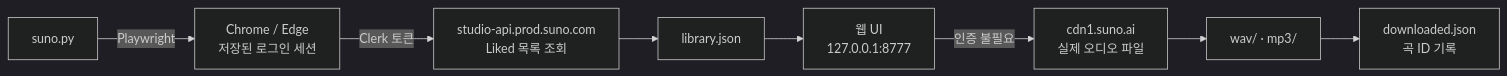
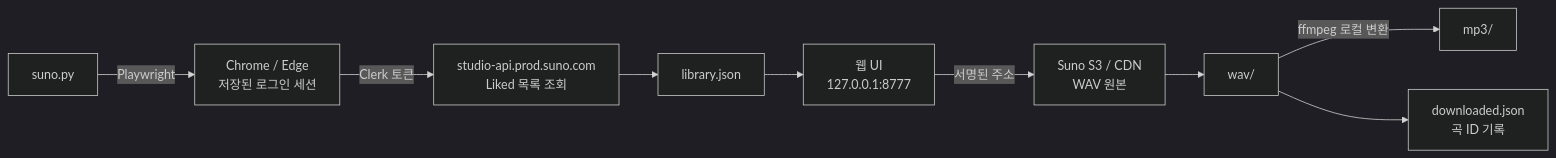
The diagram in README.md (DocDamage/suno_file_downloader), drawn with Mermaid (dark theme) before and after one commit. The commit also changed other lines of this file and 6 other files, not shown here.

````diff
--- a/README.md
+++ b/README.md
@@ -149,10 +146,11 @@
 ```mermaid
 flowchart LR
     A["suno.py"] -->|Playwright| B["Chrome / Edge<br/>저장된 로그인 세션"]
     B -->|Clerk 토큰| C["studio-api.prod.suno.com<br/>Liked 목록 조회"]
     C --> D["library.json"]
     D --> E["웹 UI<br/>127.0.0.1:8777"]
-    E -->|인증 불필요| F["cdn1.suno.ai<br/>실제 오디오 파일"]
-    F --> G["wav/ · mp3/"]
-    G --> H["downloaded.json<br/>곡 ID 기록"]
+    E -->|"서명된 주소"| F["Suno S3 / CDN<br/>WAV 원본"]
+    F --> G["wav/"]
+    G -->|"ffmpeg 로컬 변환"| H["mp3/"]
+    G --> I["downloaded.json<br/>곡 ID 기록"]
 ```
````
